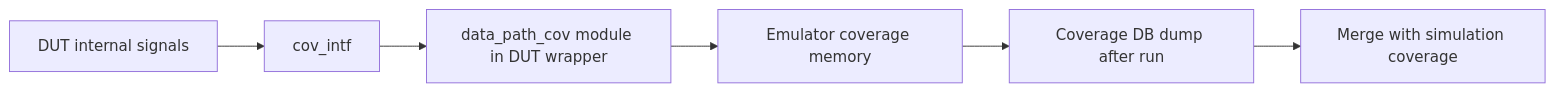
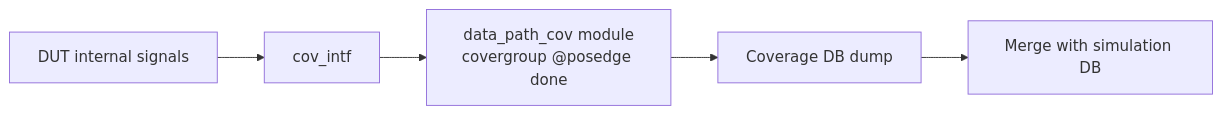
Before and after one commit to nemo99007/yt-paper: the diagram in docs/papers/ref-20261018-2686-improve-emulator-test-quality-by-applying-synthesizable-func.md, drawn with Mermaid. The commit also changed other lines of this file and 172 other files, not shown here.

````diff
--- a/docs/papers/ref-20261018-2686-improve-emulator-test-quality-by-applying-synthesizable-func.md
+++ b/docs/papers/ref-20261018-2686-improve-emulator-test-quality-by-applying-synthesizable-func.md
@@ -316,8 +186,7 @@
 ```mermaid
 flowchart LR
   DUT[DUT internal signals] --> IF[cov_intf]
-  IF --> COV[data_path_cov module in DUT wrapper]
-  COV --> MEM[Emulator coverage memory]
-  MEM --> DUMP[Coverage DB dump after run]
-  DUMP --> MERGE[Merge with simulation coverage]
+  IF --> COV[data_path_cov module<br/>covergroup @posedge done]
+  COV --> DB[Coverage DB dump]
+  DB --> MERGE[Merge with simulation DB]
 ```
````
